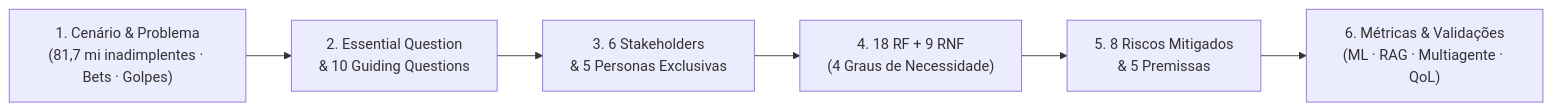
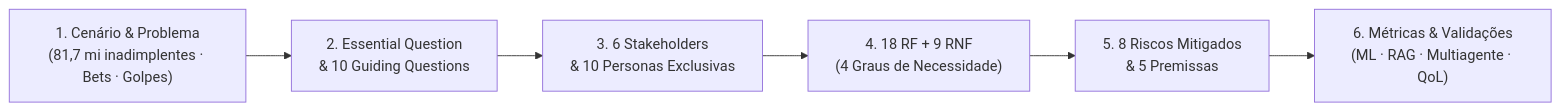
One commit to Andre-Atlas/PANDORA changed the diagram in docs/escopo/README.md. Above: the diagram before and after it, drawn with Mermaid. The commit also changed other lines of this file and 3 other files, not shown here.

````diff
--- a/docs/escopo/README.md
+++ b/docs/escopo/README.md
@@ -34,8 +34,8 @@
 ```mermaid
 flowchart LR
     A["1. Cenário & Problema<br/>(81,7 mi inadimplentes · Bets · Golpes)"] --> B["2. Essential Question<br/>& 10 Guiding Questions"]
-    B --> C["3. 6 Stakeholders<br/>& 5 Personas Exclusivas"]
+    B --> C["3. 6 Stakeholders<br/>& 10 Personas Exclusivas"]
     C --> D["4. 18 RF + 9 RNF<br/>(4 Graus de Necessidade)"]
     D --> E["5. 8 Riscos Mitigados<br/>& 5 Premissas"]
     E --> F["6. Métricas & Validações<br/>(ML · RAG · Multiagente · QoL)"]
 ```
````
